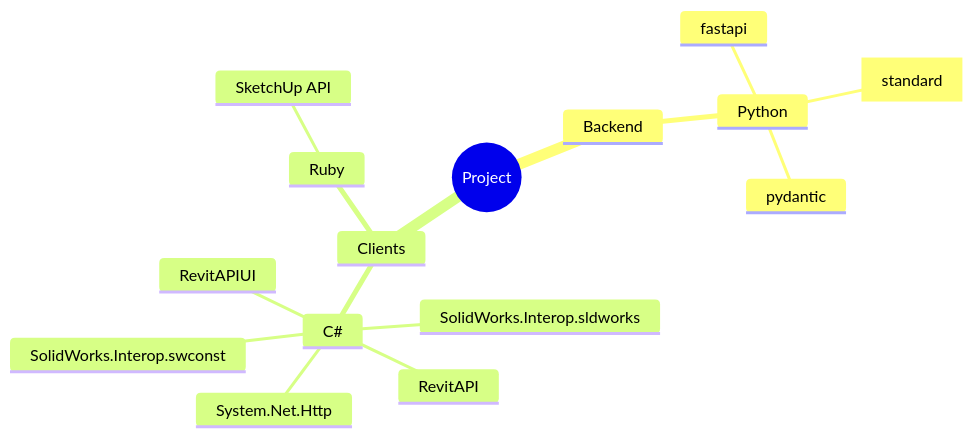
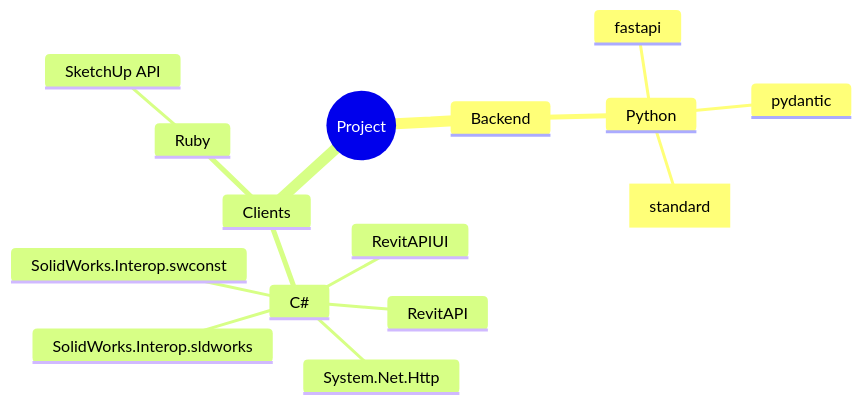
Before and after one commit to NITISH-R-G/TextBridge3D: the diagram in docs/diagrams/tech_stack.md, drawn with Mermaid. The commit also changed other lines of this file and 3 other files, not shown here.

Commit message:
docs: Auto-generate architecture diagrams and README

````diff
--- a/docs/diagrams/tech_stack.md
+++ b/docs/diagrams/tech_stack.md
@@ -1,18 +1,18 @@
 ```mermaid
 mindmap
   root((Project))
     Backend
       Python
         fastapi
         uvicorn[standard]
         pydantic
     Clients
       C#
+        SolidWorks.Interop.sldworks
+        SolidWorks.Interop.swconst
+        System.Net.Http
         RevitAPI
         RevitAPIUI
-        System.Net.Http
-        SolidWorks.Interop.sldworks
-        SolidWorks.Interop.swconst
       Ruby
         SketchUp API
 ```
````
